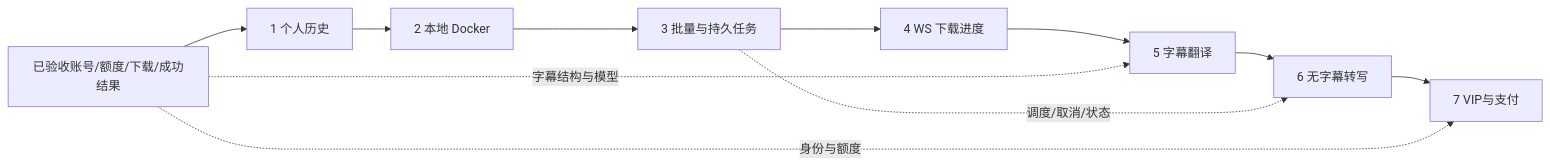
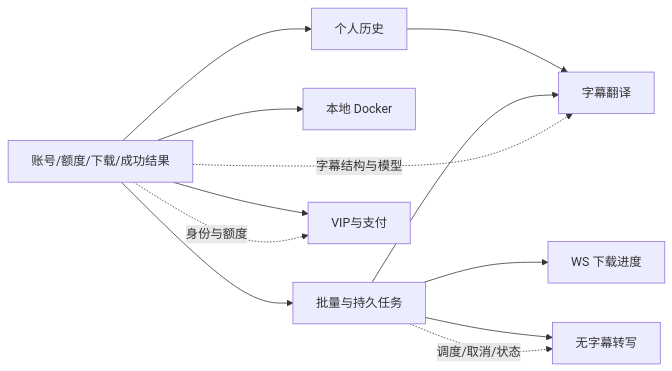
Before and after one commit to bylongjian/video-downloader: the diagram in docs/【剩余扩展】接口与数据方案.md, drawn with Mermaid. The commit also changed other lines of this file and 18 other files, not shown here.

````diff
--- a/docs/【剩余扩展】接口与数据方案.md
+++ b/docs/【剩余扩展】接口与数据方案.md
@@ -17,13 +17,14 @@
 ```mermaid
 flowchart LR
-  Base[已验收账号/额度/下载/成功结果] --> S1[1 个人历史]
-  S1 --> S2[2 本地 Docker]
-  S2 --> S3[3 批量与持久任务]
-  S3 --> S4[4 WS 下载进度]
-  S4 --> S5[5 字幕翻译]
-  S5 --> S6[6 无字幕转写]
-  S6 --> S7[7 VIP与支付]
+  Base[账号/额度/下载/成功结果] --> S1[个人历史]
+  Base --> S2[本地 Docker]
+  Base --> S3[批量与持久任务]
+  S3 --> S4[WS 下载进度]
+  S1 --> S5[字幕翻译]
+  S3 --> S5
+  S3 --> S6[无字幕转写]
+  Base --> S7[VIP与支付]
   Base -.字幕结构与模型.-> S5
   S3 -.调度/取消/状态.-> S6
   Base -.身份与额度.-> S7
 ```
````
